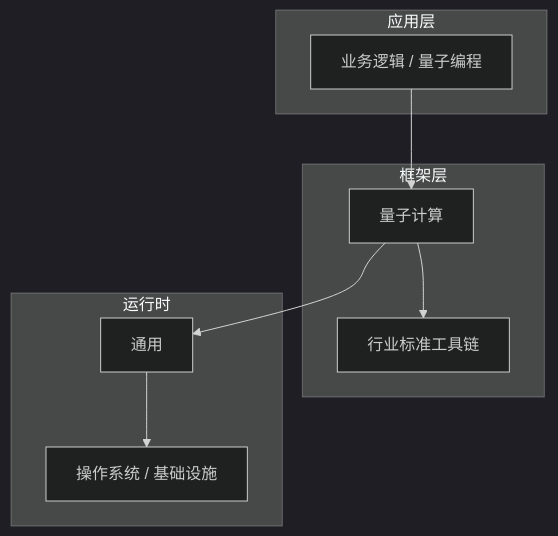
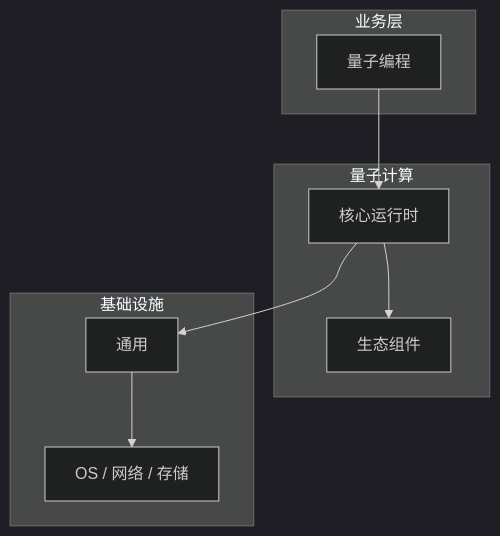
The diagram in articles/量子计算/chapters/043-量子编程核心概念与原理.md (yanggan2015/knowledge-json-v2), drawn with Mermaid (dark theme) before and after one commit. The commit also changed other lines of this file and 10127 other files, not shown here.

````diff
--- a/articles/量子计算/chapters/043-量子编程核心概念与原理.md
+++ b/articles/量子计算/chapters/043-量子编程核心概念与原理.md
@@ -45,18 +30,18 @@
 ```mermaid
 graph TB
-    subgraph 应用层
-        A[业务逻辑 / 量子编程]
+    subgraph 业务层
+        A[量子编程]
     end
-    subgraph 框架层
-        B[量子计算]
-        C[行业标准工具链]
+    subgraph 量子计算
+        B[核心运行时]
+        C[生态组件]
     end
-    subgraph 运行时
+    subgraph 基础设施
         D[通用]
-        E[操作系统 / 基础设施]
+        E[OS / 网络 / 存储]
     end
     A --> B
     B --> C
     B --> D
     D --> E
 ```
````
